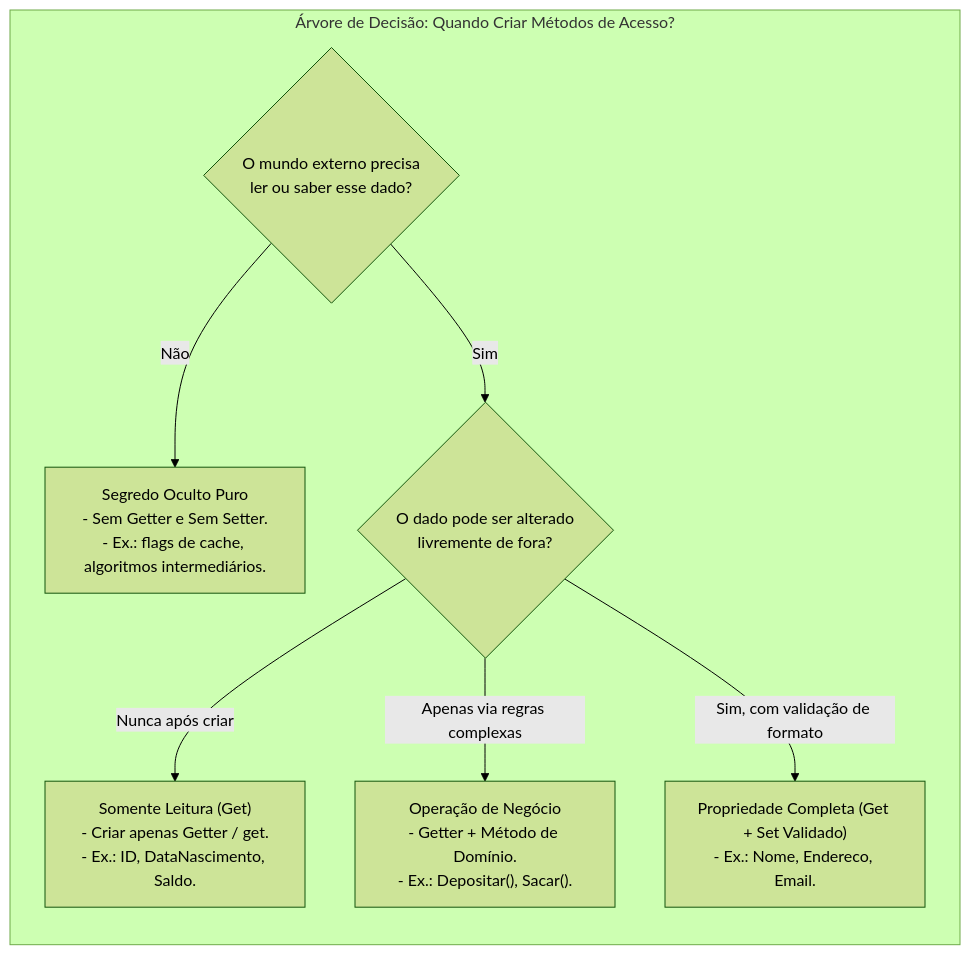
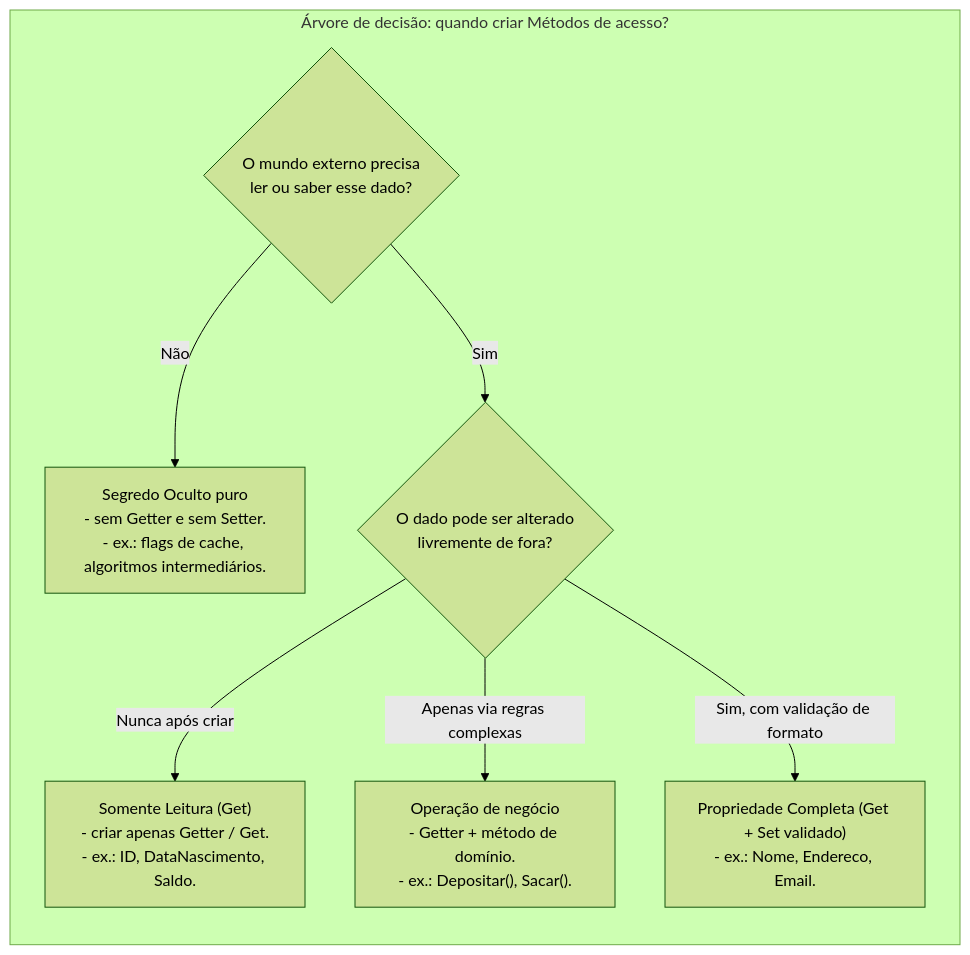
The second of 4 diagrams in 01. Programacao Modular/13. Métodos de acesso e propriedades (publicação de contratos e garantia de invariantes).md (leorruas/puc), drawn with Mermaid (forest theme) before and after one commit. The commit also changed other lines of this file and 10 other files, not shown here.

````diff
--- a/01. Programacao Modular/13. Métodos de acesso e propriedades (publicação de contratos e garantia de invariantes).md
+++ b/01. Programacao Modular/13. Métodos de acesso e propriedades (publicação de contratos e garantia de invariantes).md
@@ -93,19 +78,19 @@
 ```mermaid
 flowchart TD
-    subgraph DecisaoAcesso ["Árvore de Decisão: Quando Criar Métodos de Acesso?"]
+    subgraph DecisaoAcesso ["Árvore de decisão: quando criar Métodos de acesso?"]
         direction TB
         Pergunta1{"O mundo externo precisa<br>ler ou saber esse dado?"}
         Pergunta2{"O dado pode ser alterado<br>livremente de fora?"}
-        
-        Nenhum["Segredo Oculto Puro<br>- Sem Getter e Sem Setter.<br>- Ex.: flags de cache, algoritmos intermediários."]
-        GetOnly["Somente Leitura (Get)<br>- Criar apenas Getter / get.<br>- Ex.: ID, DataNascimento, Saldo."]
-        MetodoDominio["Operação de Negócio<br>- Getter + Método de Domínio.<br>- Ex.: Depositar(), Sacar()."]
-        FullGetSet["Propriedade Completa (Get + Set Validado)<br>- Ex.: Nome, Endereco, Email."]
+
+        Nenhum["Segredo Oculto puro<br>- sem Getter e sem Setter.<br>- ex.: flags de cache, algoritmos intermediários."]
+        GetOnly["Somente Leitura (Get)<br>- criar apenas Getter / Get.<br>- ex.: ID, DataNascimento, Saldo."]
+        MetodoDominio["Operação de negócio<br>- Getter + método de domínio.<br>- ex.: Depositar(), Sacar()."]
+        FullGetSet["Propriedade Completa (Get + Set validado)<br>- ex.: Nome, Endereco, Email."]
 
         Pergunta1 -->|Não| Nenhum
         Pergunta1 -->|Sim| Pergunta2
         Pergunta2 -->|Nunca após criar| GetOnly
         Pergunta2 -->|Apenas via regras complexas| MetodoDominio
         Pergunta2 -->|Sim, com validação de formato| FullGetSet
     end
 ```
````
